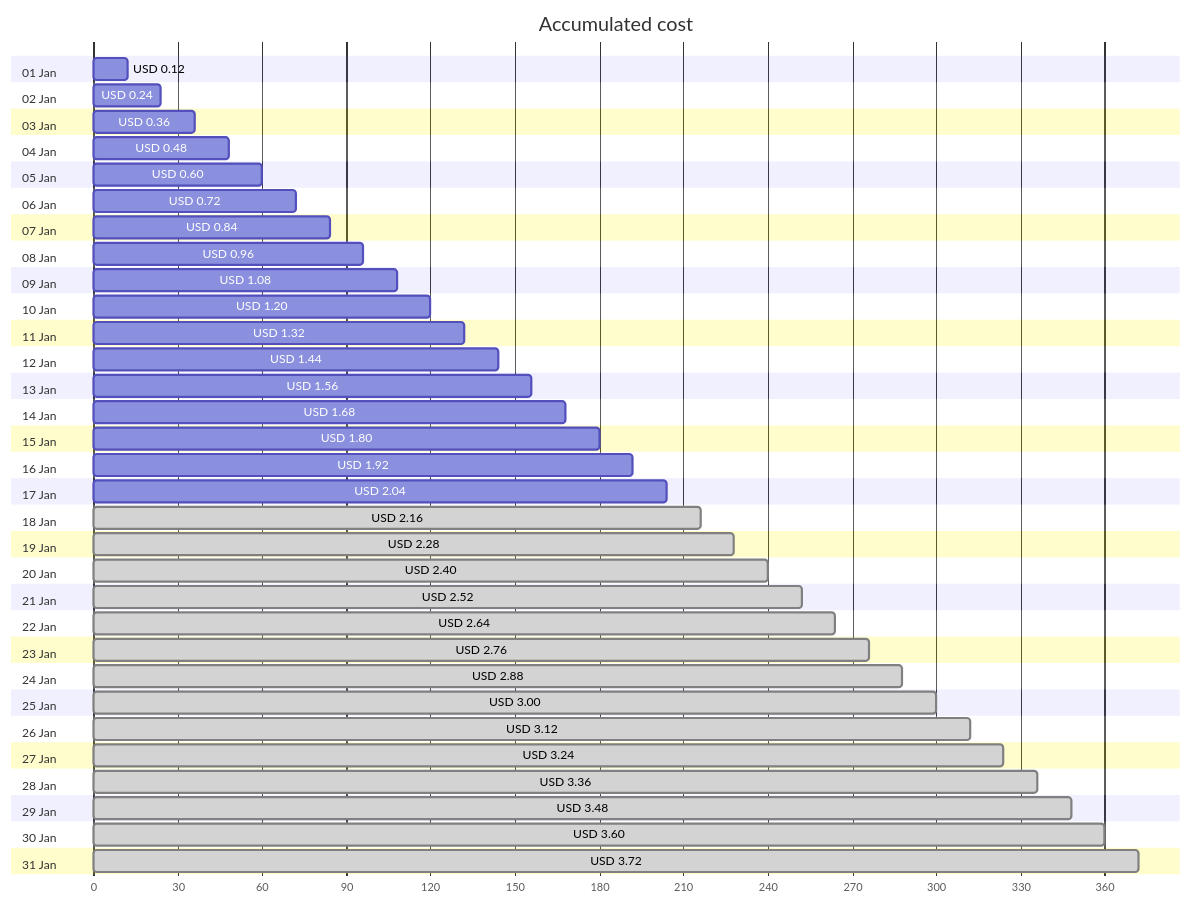
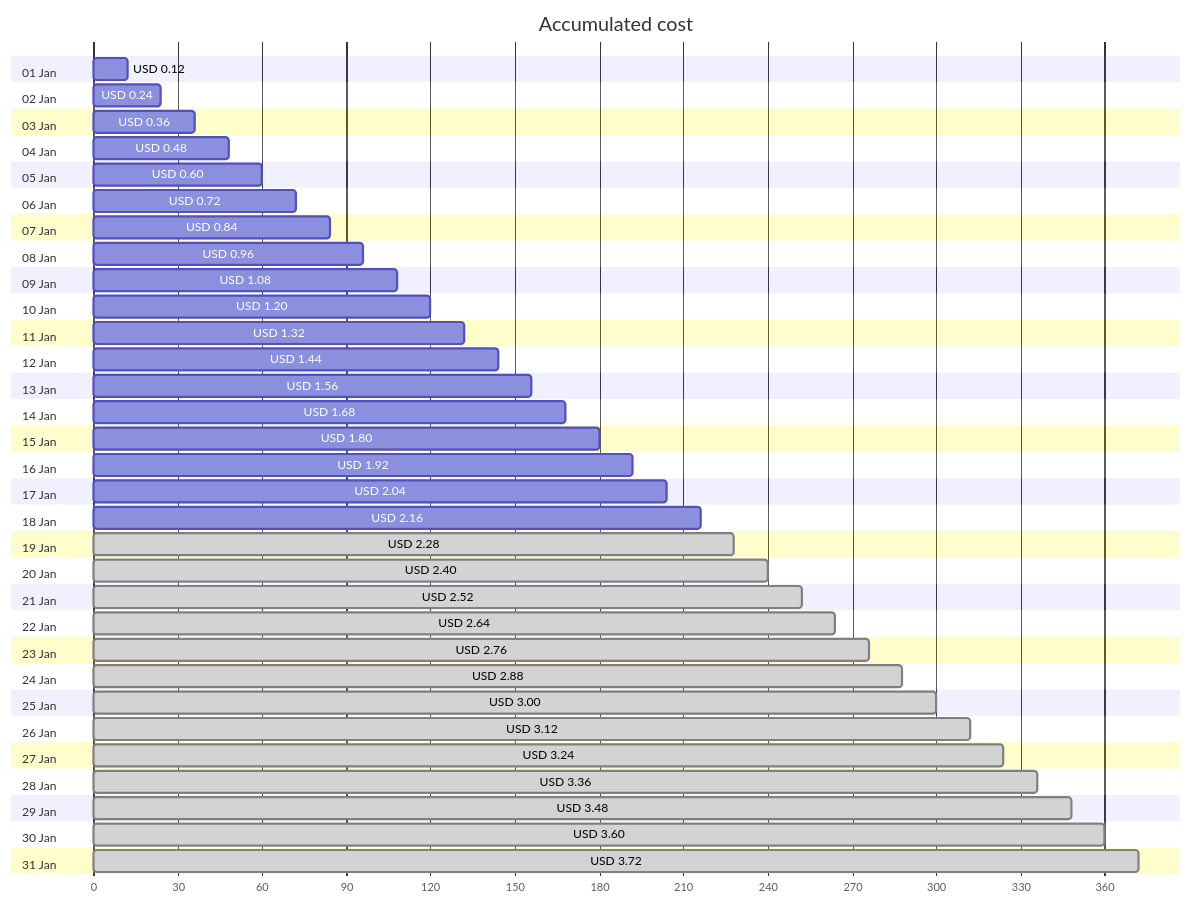
Before and after one commit to jpfulton/azure-personal-reports: the first of 4 diagrams in cost-reports/personal-network/backup-server-public-ip.md, drawn with Mermaid. The commit also changed other lines of this file and 8 other files, not shown here.

````diff
--- a/cost-reports/personal-network/backup-server-public-ip.md
+++ b/cost-reports/personal-network/backup-server-public-ip.md
@@ -20,68 +20,68 @@
 ```mermaid
 gantt
    title Accumulated cost
    dateFormat  X
    axisFormat %s
    section 01 Jan
    USD 0.12 :0, 12
    section 02 Jan
    USD 0.24 :0, 24
    section 03 Jan
    USD 0.36 :0, 36
    section 04 Jan
    USD 0.48 :0, 48
    section 05 Jan
    USD 0.60 :0, 60
    section 06 Jan
    USD 0.72 :0, 72
    section 07 Jan
    USD 0.84 :0, 84
    section 08 Jan
    USD 0.96 :0, 96
    section 09 Jan
    USD 1.08 :0, 108
    section 10 Jan
    USD 1.20 :0, 120
    section 11 Jan
    USD 1.32 :0, 132
    section 12 Jan
    USD 1.44 :0, 144
    section 13 Jan
    USD 1.56 :0, 156
    section 14 Jan
    USD 1.68 :0, 168
    section 15 Jan
    USD 1.80 :0, 180
    section 16 Jan
    USD 1.92 :0, 192
    section 17 Jan
    USD 2.04 :0, 204
    section 18 Jan
-   USD 2.16 : done, 0, 216
+   USD 2.16 :0, 216
    section 19 Jan
    USD 2.28 : done, 0, 228
    section 20 Jan
    USD 2.40 : done, 0, 240
    section 21 Jan
    USD 2.52 : done, 0, 252
    section 22 Jan
    USD 2.64 : done, 0, 264
    section 23 Jan
    USD 2.76 : done, 0, 276
    section 24 Jan
    USD 2.88 : done, 0, 288
    section 25 Jan
    USD 3.00 : done, 0, 300
    section 26 Jan
    USD 3.12 : done, 0, 312
    section 27 Jan
    USD 3.24 : done, 0, 324
    section 28 Jan
    USD 3.36 : done, 0, 336
    section 29 Jan
    USD 3.48 : done, 0, 348
    section 30 Jan
    USD 3.60 : done, 0, 360
    section 31 Jan
    USD 3.72 : done, 0, 372
 ```
````
